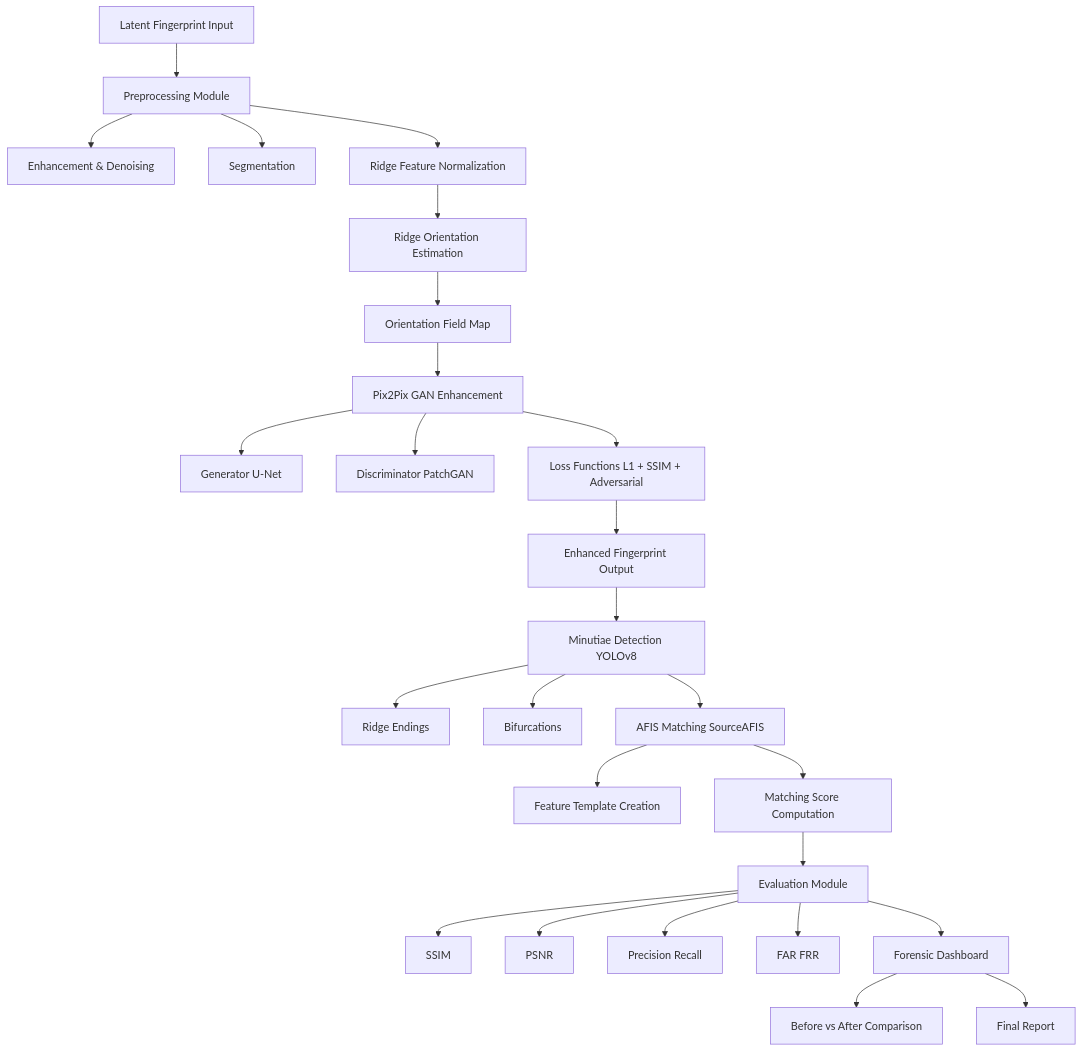
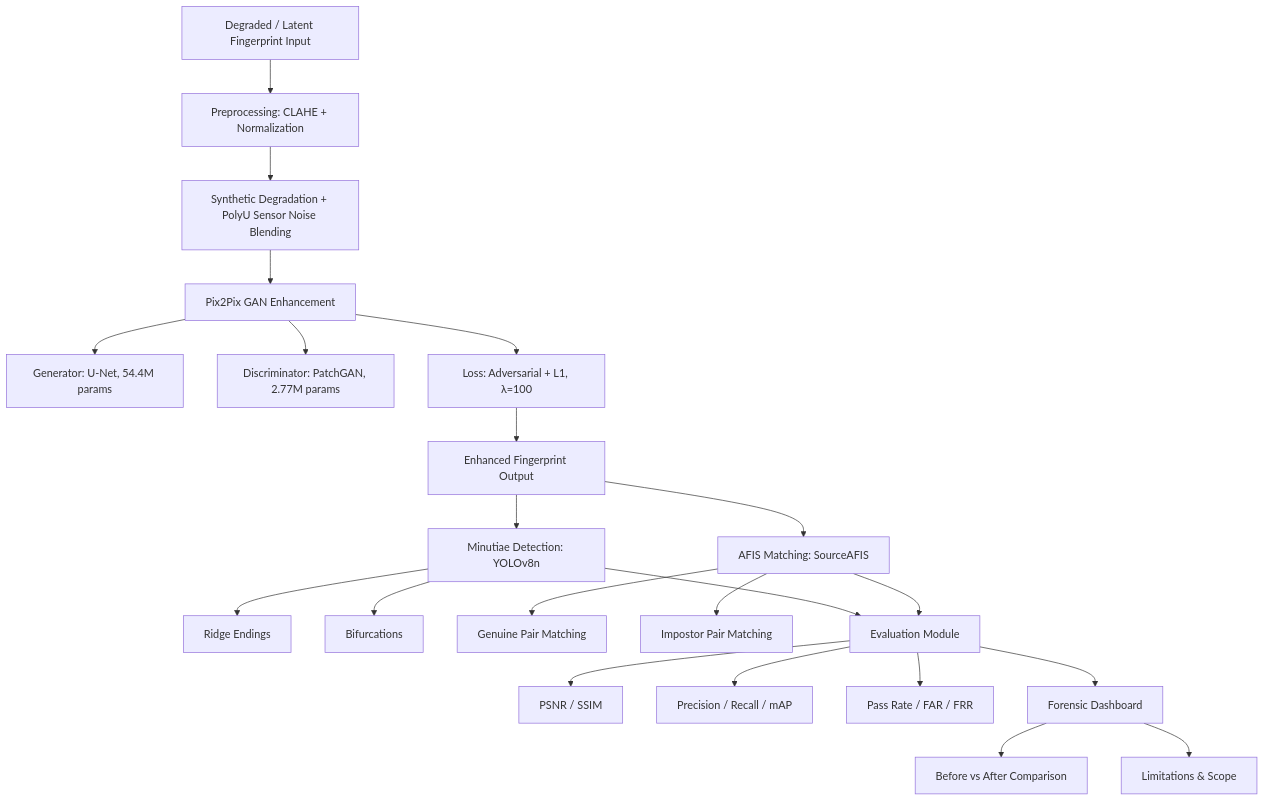
One commit to sdShaggy/GAFIS changed the diagram in README.md. Above: the diagram before and after it, drawn with Mermaid. The commit also changed other lines of this file, not shown here.

````diff
--- a/README.md
+++ b/README.md
@@ -560,43 +91,37 @@
 ```mermaid
 flowchart TD
 
-A[Latent Fingerprint Input] --> B[Preprocessing Module]
+A[Degraded / Latent Fingerprint Input] --> B[Preprocessing: CLAHE + Normalization]
 
-B --> B1[Enhancement & Denoising]
-B --> B2[Segmentation]
-B --> B3[Ridge Feature Normalization]
+B --> C[Synthetic Degradation + PolyU Sensor Noise Blending]
 
-B3 --> C[Ridge Orientation Estimation]
+C --> D[Pix2Pix GAN Enhancement]
 
-C --> C1[Orientation Field Map]
-
-C1 --> D[Pix2Pix GAN Enhancement]
-
-D --> D1[Generator U-Net]
-D --> D2[Discriminator PatchGAN]
-D --> D3[Loss Functions L1 + SSIM + Adversarial]
+D --> D1[Generator: U-Net, 54.4M params]
+D --> D2[Discriminator: PatchGAN, 2.77M params]
+D --> D3[Loss: Adversarial + L1, λ=100]
 
 D3 --> E[Enhanced Fingerprint Output]
 
-E --> F[Minutiae Detection YOLOv8]
+E --> F[Minutiae Detection: YOLOv8n]
 
 F --> F1[Ridge Endings]
 F --> F2[Bifurcations]
 
-F --> G[AFIS Matching SourceAFIS]
+E --> G[AFIS Matching: SourceAFIS]
 
-G --> G1[Feature Template Creation]
-G --> G2[Matching Score Computation]
+G --> G1[Genuine Pair Matching]
+G --> G2[Impostor Pair Matching]
 
-G2 --> H[Evaluation Module]
+F --> H[Evaluation Module]
+G --> H
 
-H --> H1[SSIM]
-H --> H2[PSNR]
-H --> H3[Precision Recall]
-H --> H4[FAR FRR]
+H --> H1[PSNR / SSIM]
+H --> H2[Precision / Recall / mAP]
+H --> H3[Pass Rate / FAR / FRR]
 
 H --> I[Forensic Dashboard]
 
 I --> I1[Before vs After Comparison]
-I --> I2[Final Report]
+I --> I2[Limitations & Scope]
 ```
````
